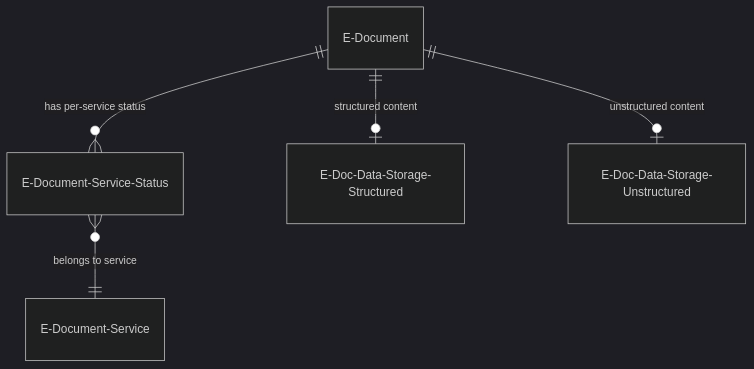
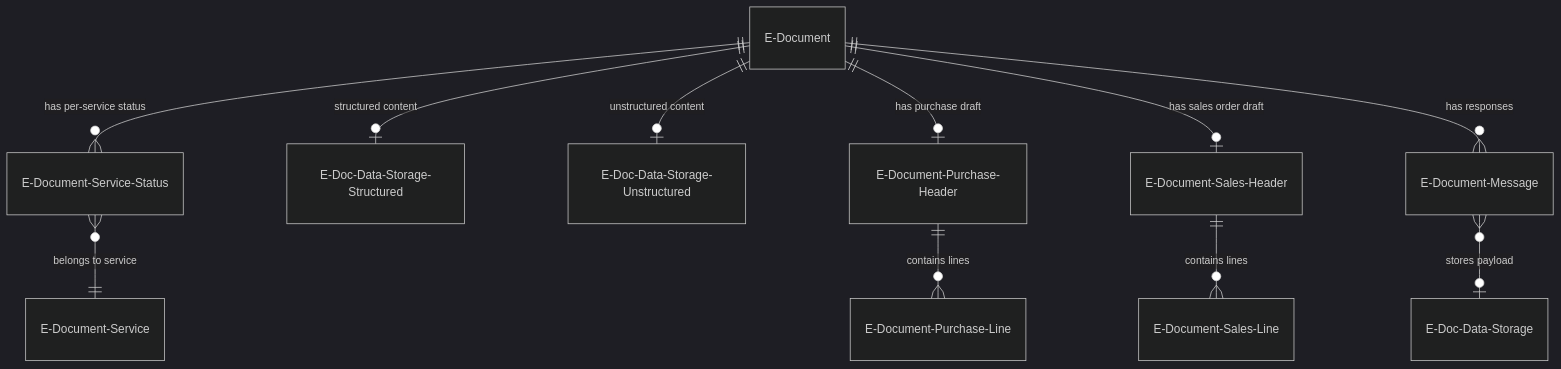
The first of 2 diagrams in E-Document Core/src/Document/docs/data-model.md (StefanMaron/MSDyn365BC.Sandbox.Code.History), drawn with Mermaid (dark theme) before and after one commit. The commit also changed other lines of this file and 407 other files, not shown here.

````diff
--- a/E-Document Core/src/Document/docs/data-model.md
+++ b/E-Document Core/src/Document/docs/data-model.md
@@ -9,7 +11,13 @@
 ```mermaid
 erDiagram
     E-Document ||--o{ E-Document-Service-Status : "has per-service status"
     E-Document ||--o| E-Doc-Data-Storage-Structured : "structured content"
     E-Document ||--o| E-Doc-Data-Storage-Unstructured : "unstructured content"
+    E-Document ||--o| E-Document-Purchase-Header : "has purchase draft"
+    E-Document-Purchase-Header ||--o{ E-Document-Purchase-Line : "contains lines"
+    E-Document ||--o| E-Document-Sales-Header : "has sales order draft"
+    E-Document-Sales-Header ||--o{ E-Document-Sales-Line : "contains lines"
+    E-Document ||--o{ E-Document-Message : "has responses"
+    E-Document-Message }o--o| E-Doc-Data-Storage : "stores payload"
     E-Document-Service-Status }o--|| E-Document-Service : "belongs to service"
 ```
````
